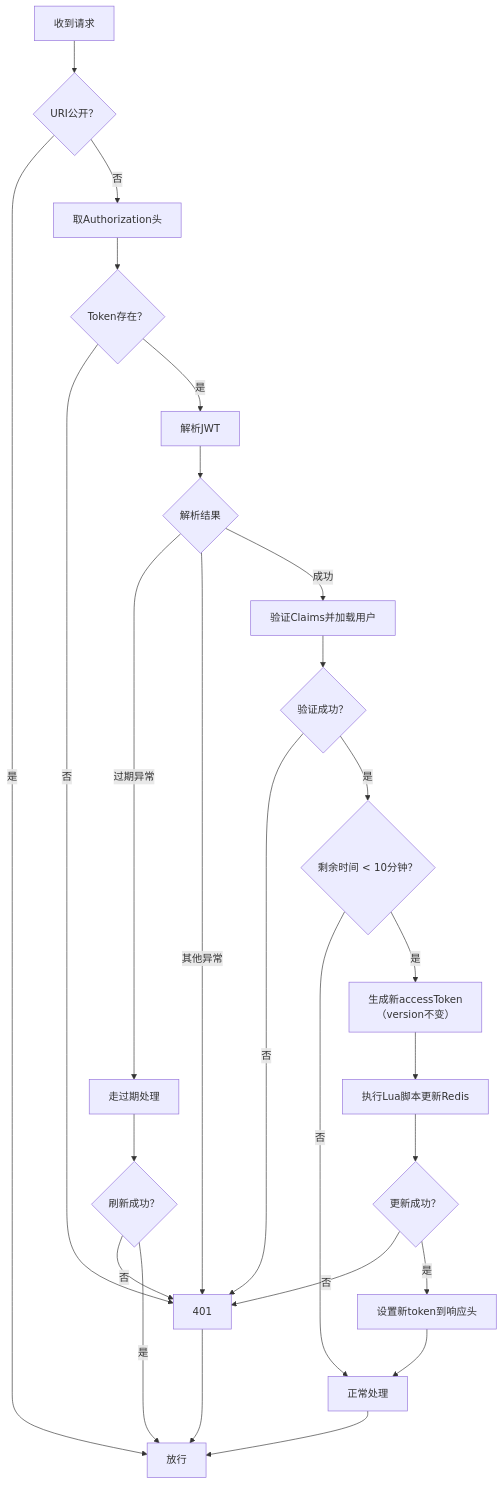
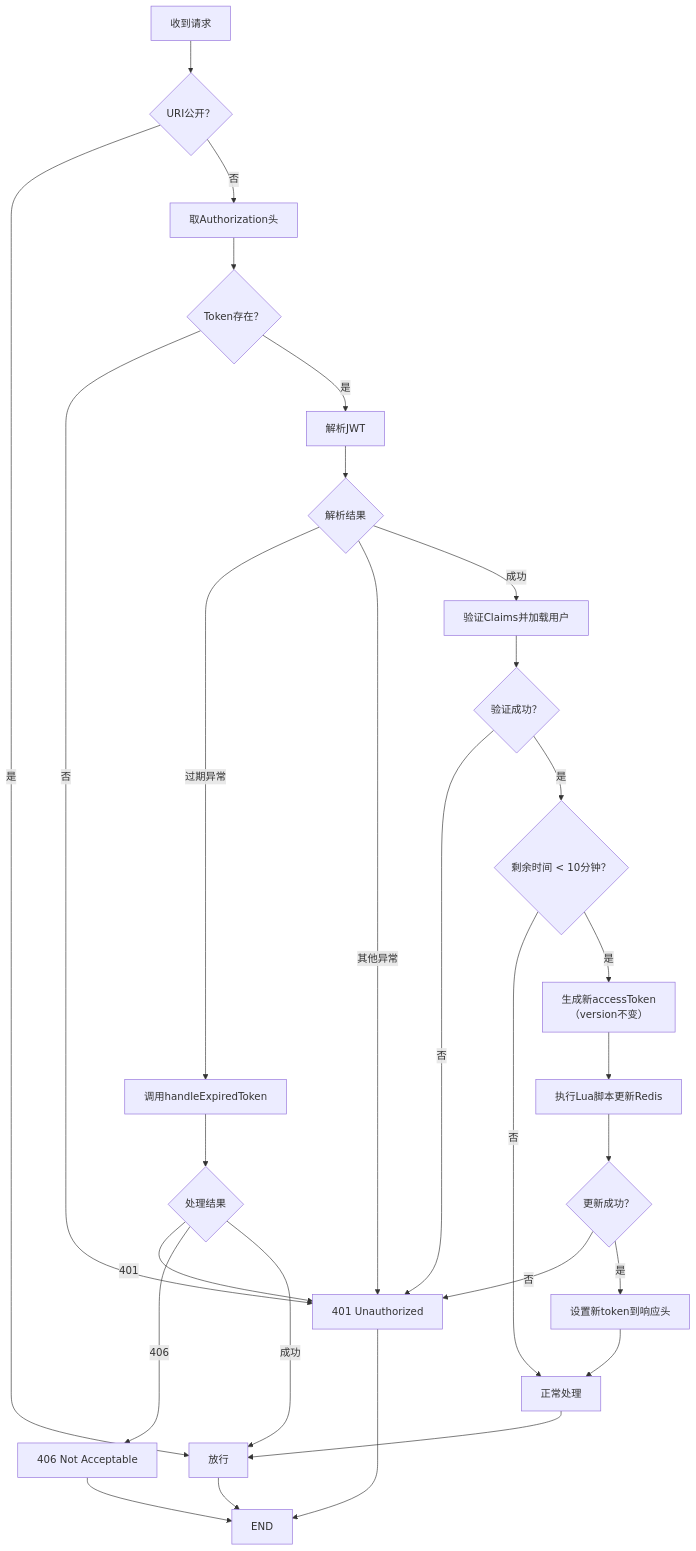
One commit to vacontinuejatotired/hm-dianping changed the second of 3 diagrams in README.md. Above: the diagram before and after it, drawn with Mermaid. The commit also changed other lines of this file, not shown here.

````diff
--- a/README.md
+++ b/README.md
@@ -46,33 +46,34 @@
 ```mermaid
 flowchart TD
     A[收到请求] --> B{URI公开？}
-    B -->|是| Z[放行]
+    B -->|是| Z[放行] --> END
     
     B -->|否| C[取Authorization头]
     C --> D{Token存在？}
-    D -->|否| E[401] --> Z
+    D -->|否| E[401 Unauthorized] --> END
     
     D -->|是| F[解析JWT]
     F --> G{解析结果}
     
-    G -->|过期异常| H[走过期处理]
-    H --> I{刷新成功？}
-    I -->|否| E
-    I -->|是| Z
+    G -->|过期异常| H[调用handleExpiredToken]
+    H --> I{处理结果}
+    I -->|401| E
+    I -->|406| J[406 Not Acceptable] --> END
+    I -->|成功| Z
     
     G -->|其他异常| E
     
-    G -->|成功| J[验证Claims并加载用户]
-    J --> K{验证成功？}
-    K -->|否| E
+    G -->|成功| K[验证Claims并加载用户]
+    K --> L{验证成功？}
+    L -->|否| E
     
-    K -->|是| L{剩余时间 < 10分钟？}
-    L -->|否| M[正常处理] --> Z
+    L -->|是| M{剩余时间 < 10分钟？}
+    M -->|否| N[正常处理] --> Z
     
-    L -->|是| N[生成新accessToken<br>（version不变）]
-    N --> O[执行Lua脚本更新Redis]
-    O --> P{更新成功？}
-    P -->|否| E
-    P -->|是| Q[设置新token到响应头]
-    Q --> M
+    M -->|是| O[生成新accessToken<br>（version不变）]
+    O --> P[执行Lua脚本更新Redis]
+    P --> Q{更新成功？}
+    Q -->|否| E
+    Q -->|是| R[设置新token到响应头]
+    R --> N
 ```
````
